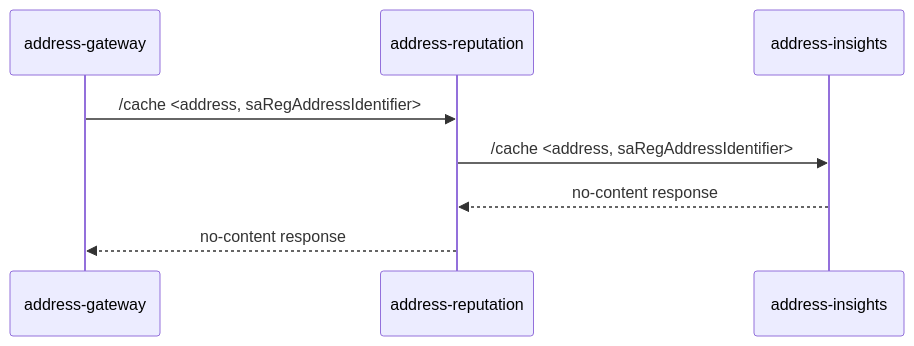
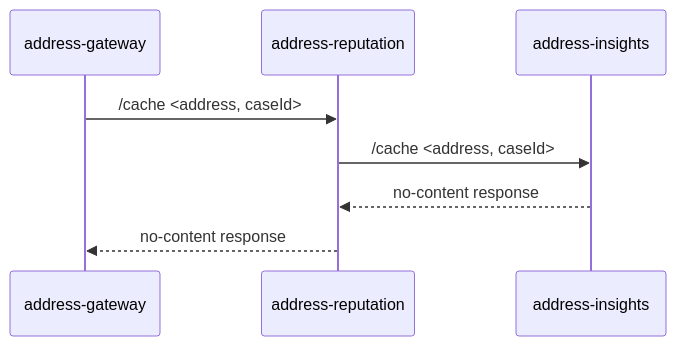
The second of 3 diagrams in README.md (hmrc/address-gateway), drawn with Mermaid before and after one commit. The commit also changed 2 other files, not shown here.

Commit message:
CIR-1890: Rename saRegAddreddIdentifier to caseId

````diff
--- a/README.md
+++ b/README.md
@@ -16,7 +16,7 @@
 ```mermaid
 sequenceDiagram
-address-gateway->>address-reputation: /cache <address, saRegAddressIdentifier>
-address-reputation->>address-insights: /cache <address, saRegAddressIdentifier>
+address-gateway->>address-reputation: /cache <address, caseId>
+address-reputation->>address-insights: /cache <address, caseId>
 address-insights-->>address-reputation: no-content response
 address-reputation-->>address-gateway: no-content response
 ```
````
